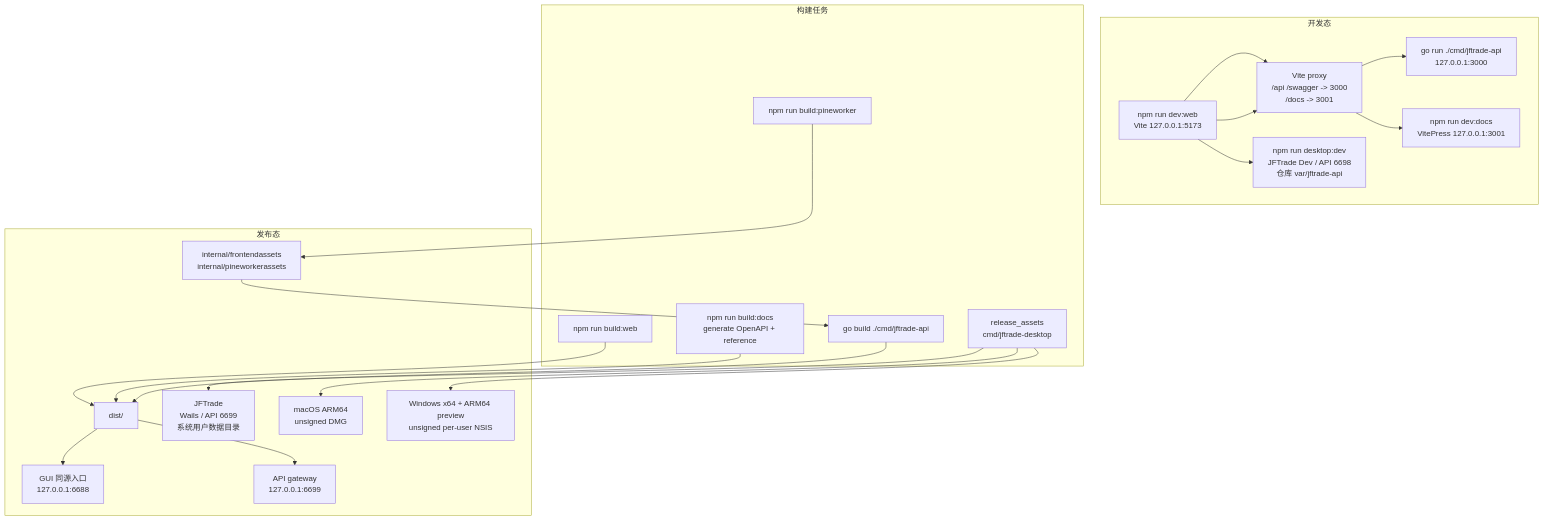
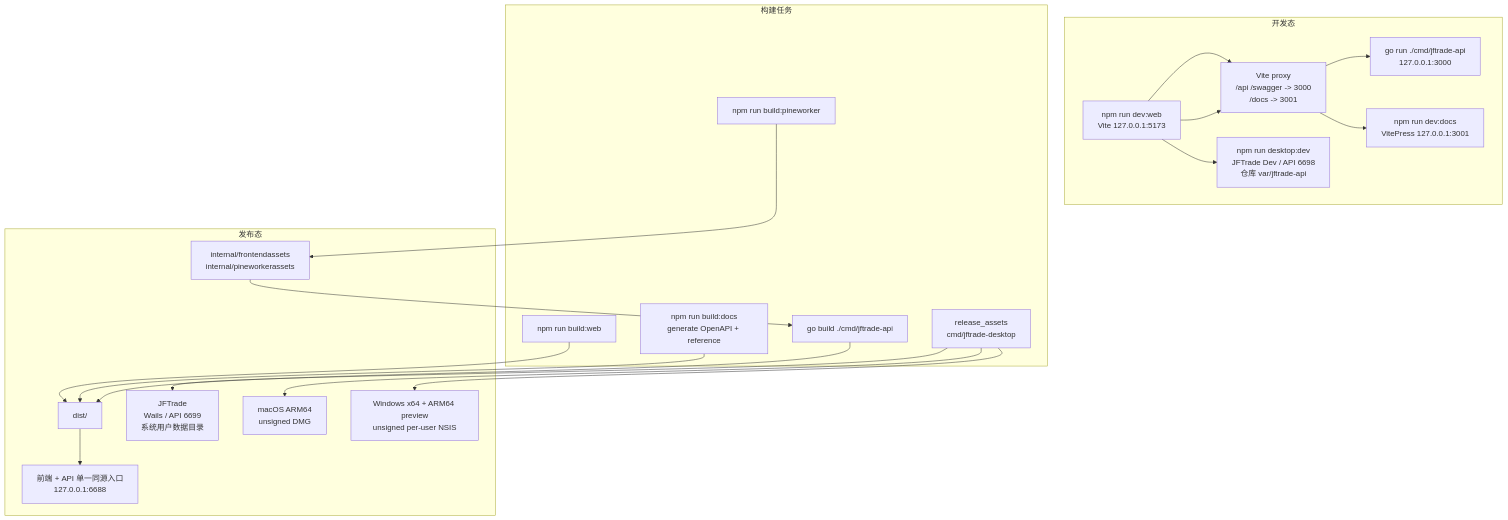
One commit to Dennishaha/JFTrade changed the third of 3 diagrams in docs/architecture-mermaid.md. Above: the diagram before and after it, drawn with Mermaid. The commit also changed 18 other files, not shown here.

````diff
--- a/docs/architecture-mermaid.md
+++ b/docs/architecture-mermaid.md
@@ -204,44 +204,42 @@
 ```mermaid
 flowchart TB
     subgraph Dev["开发态"]
         DevAPI["go run ./cmd/jftrade-api<br/>127.0.0.1:3000"]
         DevWeb["npm run dev:web<br/>Vite 127.0.0.1:5173"]
         DevDocs["npm run dev:docs<br/>VitePress 127.0.0.1:3001"]
         Proxy["Vite proxy<br/>/api /swagger -> 3000<br/>/docs -> 3001"]
         DesktopDev["npm run desktop:dev<br/>JFTrade Dev / API 6698<br/>仓库 var/jftrade-api"]
     end
 
     subgraph Build["构建任务"]
         BuildWeb["npm run build:web"]
         BuildDocs["npm run build:docs<br/>generate OpenAPI + reference"]
         BuildWorker["npm run build:pineworker"]
         BuildAPI["go build ./cmd/jftrade-api"]
         BuildDesktop["release_assets<br/>cmd/jftrade-desktop"]
     end
 
     subgraph Release["发布态"]
         Dist["dist/"]
-        GUI["GUI 同源入口<br/>127.0.0.1:6688"]
-        Gateway["API gateway<br/>127.0.0.1:6699"]
+        GUI["前端 + API 单一同源入口<br/>127.0.0.1:6688"]
         EmbeddedAssets["internal/frontendassets<br/>internal/pineworkerassets"]
         DesktopProduct["JFTrade<br/>Wails / API 6699<br/>系统用户数据目录"]
         MacDMG["macOS ARM64<br/>unsigned DMG"]
         WinNSIS["Windows x64 + ARM64 preview<br/>unsigned per-user NSIS"]
     end
 
     DevWeb --> Proxy --> DevAPI
     DevWeb --> Proxy --> DevDocs
     DevWeb --> DesktopDev
 
     BuildWeb --> Dist
     BuildDocs --> Dist
     BuildWorker --> EmbeddedAssets
     BuildAPI --> Dist
     BuildDesktop --> MacDMG
     BuildDesktop --> WinNSIS
     BuildDesktop --> DesktopProduct
     EmbeddedAssets --> BuildAPI
 
     Dist --> GUI
-    Dist --> Gateway
 ```
````
